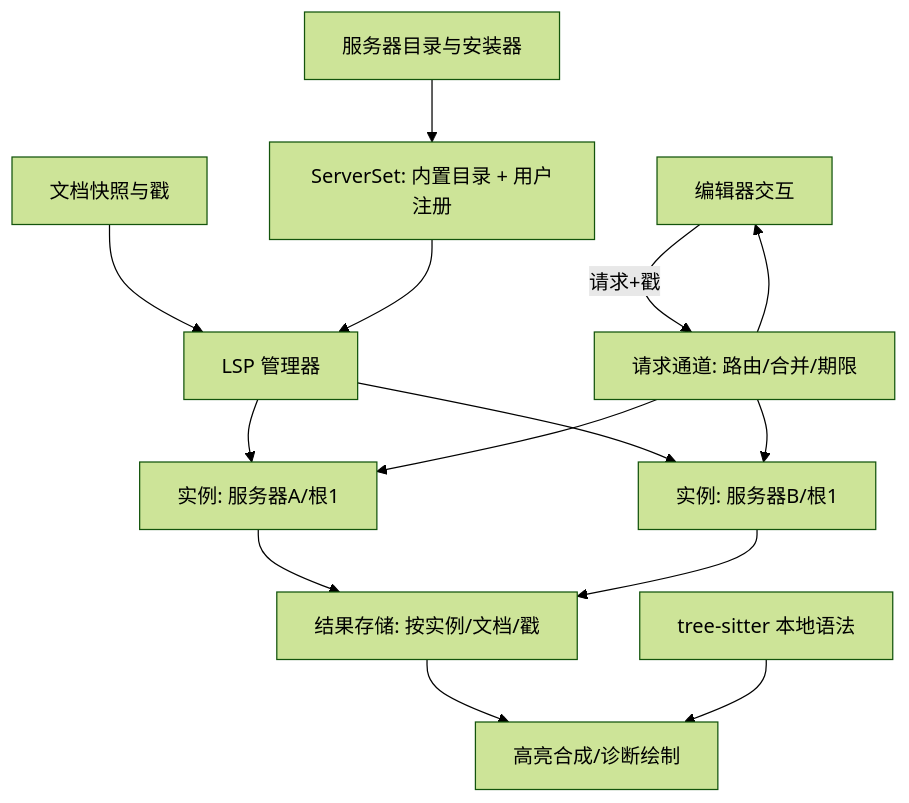
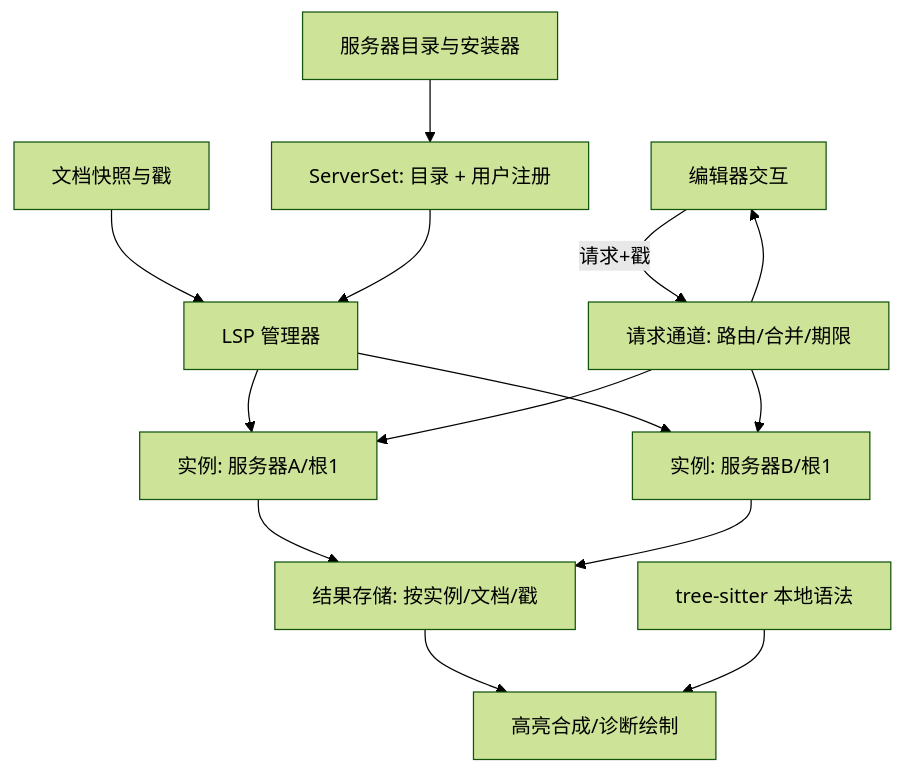
The diagram in LSP_DESIGN.tmp.md (lius-new/loom), drawn with Mermaid (forest theme) before and after one commit. The commit also changed other lines of this file and 26 other files, not shown here.

````diff
--- a/LSP_DESIGN.tmp.md
+++ b/LSP_DESIGN.tmp.md
@@ -68,16 +69,16 @@
 ```mermaid
 flowchart TD
     D[文档快照与戳] --> M[LSP 管理器]
-    SS[ServerSet: 内置目录 + 用户注册] --> M
+    SS[ServerSet: 目录 + 用户注册] --> M
     CAT[服务器目录与安装器] --> SS
     M --> I1[实例: 服务器A/根1]
     M --> I2[实例: 服务器B/根1]
     I1 --> S[结果存储: 按实例/文档/戳]
     I2 --> S
     UI[编辑器交互] -->|请求+戳| RC[请求通道: 路由/合并/期限]
     RC --> I1
     RC --> I2
     RC --> UI
     S --> V[高亮合成/诊断绘制]
     TS[tree-sitter 本地语法] --> V
 ```
````
